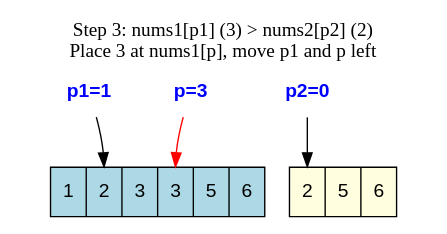
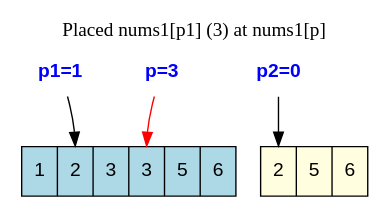
The diagram in 088-merge-sorted-array/dot/step3.dot (jensonp/leetcode), drawn with Graphviz before and after one commit. The commit also changed 21 other files, not shown here.

```diff
--- a/088-merge-sorted-array/dot/step3.dot
+++ b/088-merge-sorted-array/dot/step3.dot
@@ -1,15 +1,13 @@
 digraph G {
     rankdir=TB;
     node [shape=record, fontname="Helvetica", style=filled, fillcolor=white];
-    
     nums1 [label="<f0> 1|<f1> 2|<f2> 3|<f3> 3|<f4> 5|<f5> 6", fillcolor=lightblue];
     nums2 [label="<f0> 2|<f1> 5|<f2> 6", fillcolor=lightyellow];
-    
     node [shape=plaintext, fillcolor=none, fontcolor=blue, fontname="Helvetica-Bold"];
     p1 [label="p1=1"]; p1 -> nums1:f1;
 p2 [label="p2=0"]; p2 -> nums2:f0;
 p [label="p=3"]; p -> nums1:f3 [color=red, fontcolor=red];
     labelloc="t";
-    label="Step 3: nums1[p1] (3) > nums2[p2] (2)\nPlace 3 at nums1[p], move p1 and p left";
+    label="Placed nums1[p1] (3) at nums1[p]";
     fontsize=14;
 }
```
